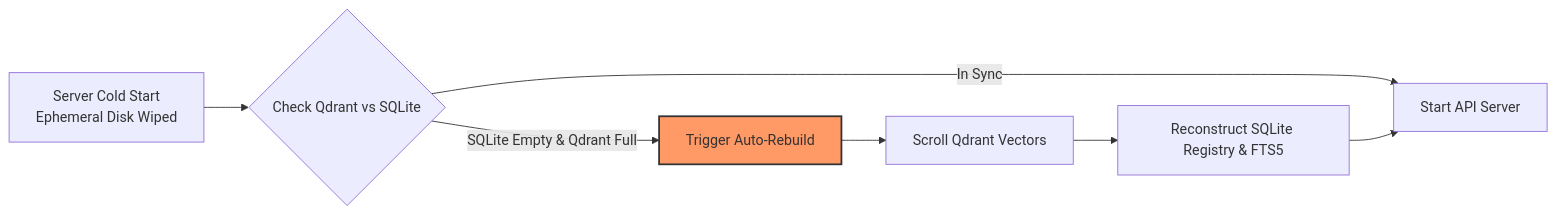
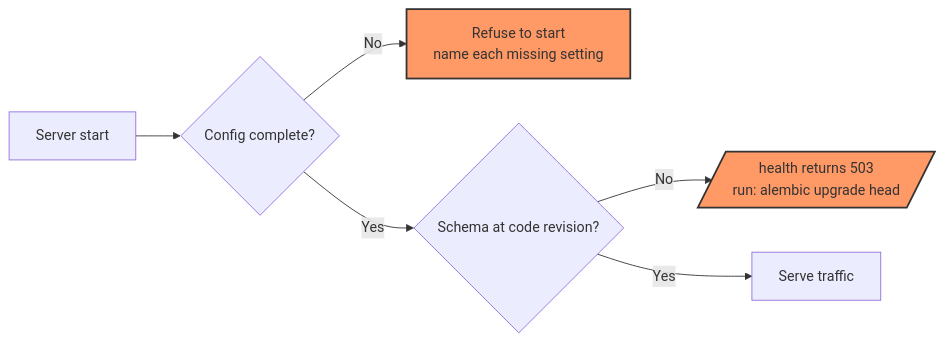
The fourth of 4 diagrams in README.md (rudrabaru/nexus-rag), drawn with Mermaid before and after one commit. The commit also changed other lines of this file and 3 other files, not shown here.

````diff
--- a/README.md
+++ b/README.md
@@ -207,13 +221,11 @@
 ```mermaid
 graph LR
-    A[Server Cold Start<br/>Ephemeral Disk Wiped] --> B{Check Qdrant vs SQLite}
-    
-    B -->|SQLite Empty & Qdrant Full| C[Trigger Auto-Rebuild]
-    B -->|In Sync| D[Start API Server]
-    
-    C --> E[Scroll Qdrant Vectors]
-    E --> F[Reconstruct SQLite Registry & FTS5]
-    F --> D
-    
-    style C fill:#f96,stroke:#333,stroke-width:2px
+    A[Server start] --> B{Config complete?}
+    B -->|No| X[Refuse to start<br/>name each missing setting]
+    B -->|Yes| C{Schema at code revision?}
+    C -->|No| Y[/health returns 503<br/>run: alembic upgrade head/]
+    C -->|Yes| D[Serve traffic]
+
+    style X fill:#f96,stroke:#333,stroke-width:2px
+    style Y fill:#f96,stroke:#333,stroke-width:2px
 ```
````
